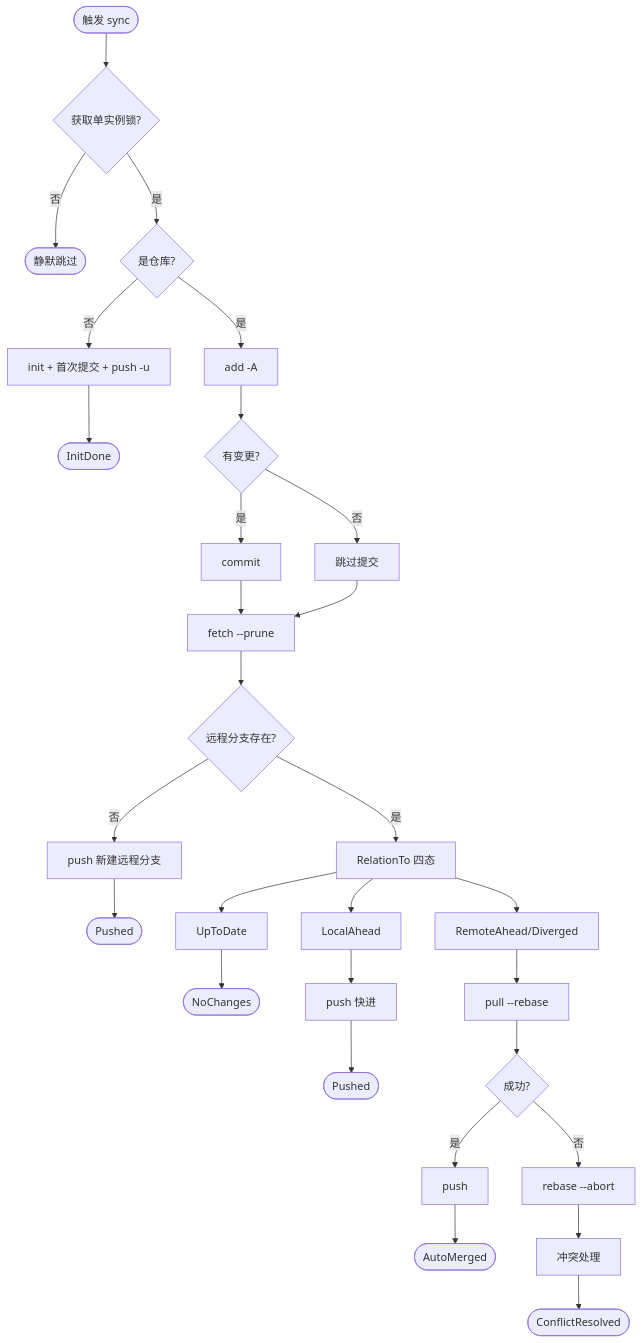
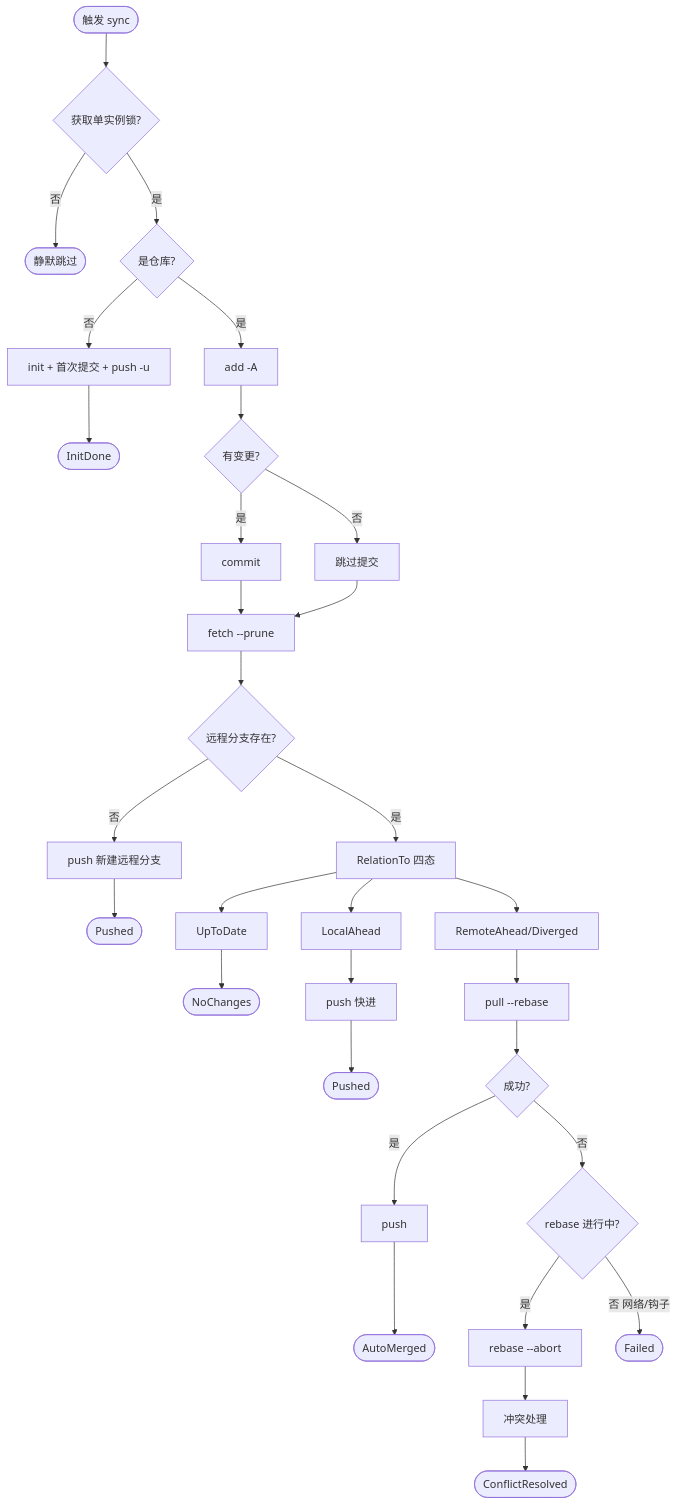
Before and after one commit to int2t05/AutoSync: the first of 4 diagrams in docs/flow.md, drawn with Mermaid. The commit also changed other lines of this file and 4 other files, not shown here.

````diff
--- a/docs/flow.md
+++ b/docs/flow.md
@@ -7,31 +7,33 @@
 ```mermaid
 flowchart TD
   START([触发 sync]) --> LOCK{获取单实例锁?}
   LOCK -->|否| SKIP([静默跳过])
   LOCK -->|是| ISREPO{是仓库?}
   ISREPO -->|否| INIT[init + 首次提交 + push -u]
   INIT --> DONE1([InitDone])
   ISREPO -->|是| ADD[add -A]
   ADD --> CHG{有变更?}
   CHG -->|是| COMMIT[commit]
   CHG -->|否| NOCOMMIT[跳过提交]
   COMMIT --> FETCH[fetch --prune]
   NOCOMMIT --> FETCH
   FETCH --> EXIST{远程分支存在?}
   EXIST -->|否| PUSHDIRECT[push 新建远程分支]
   PUSHDIRECT --> DONE2([Pushed])
   EXIST -->|是| REL[RelationTo 四态]
   REL --> U[UpToDate]
   REL --> LA[LocalAhead]
   REL --> RA[RemoteAhead/Diverged]
   U --> DONE3([NoChanges])
   LA --> PUSHPUSH[push 快进]
   PUSHPUSH --> DONE4([Pushed])
   RA --> REBASE[pull --rebase]
   REBASE --> OK{成功?}
   OK -->|是| PUSHMERGE[push]
   PUSHMERGE --> DONE5([AutoMerged])
-  OK -->|否| ABORT[rebase --abort]
+  OK -->|否| RB{rebase 进行中?}
+  RB -->|是| ABORT[rebase --abort]
   ABORT --> CONFLICT[冲突处理]
   CONFLICT --> DONE6([ConflictResolved])
+  RB -->|否 网络/钩子| FAIL1([Failed])
 ```
````
